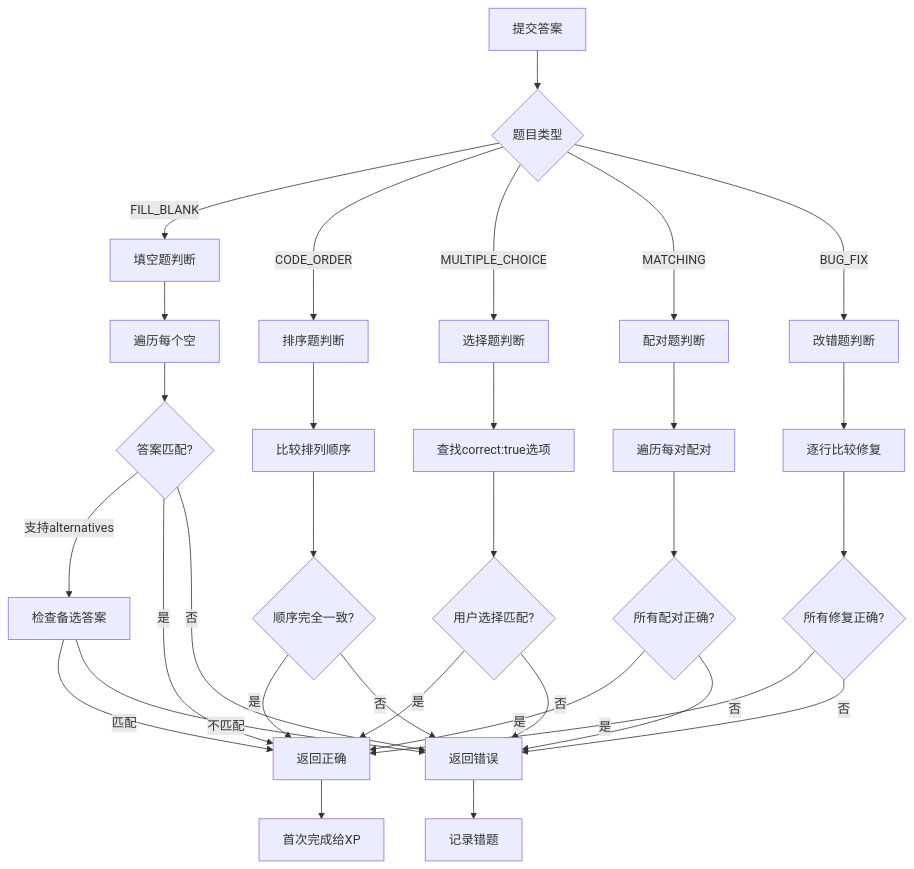
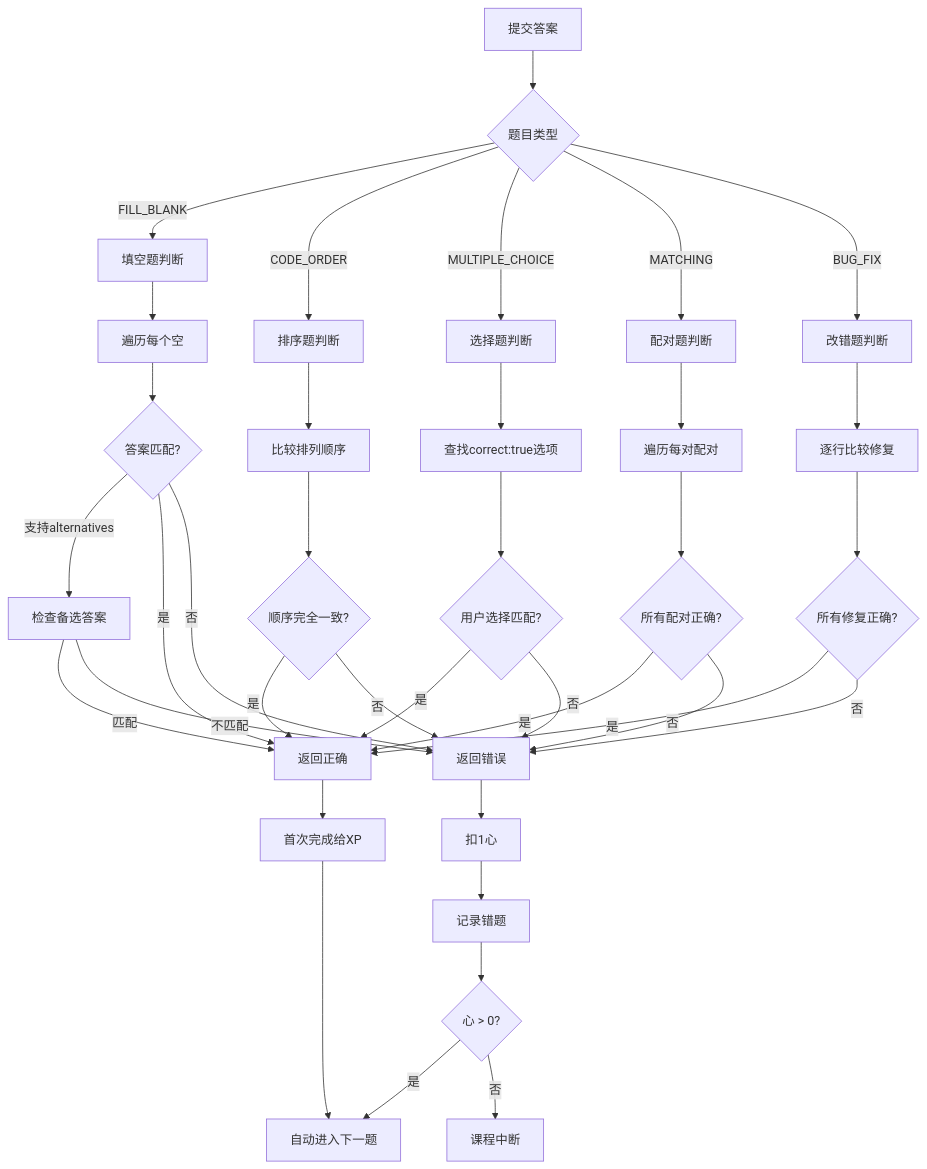
The third of 8 diagrams in docs/modules/skill-tree.md (momo2029/noiquest), drawn with Mermaid before and after one commit. The commit also changed other lines of this file and 4 other files, not shown here.

````diff
--- a/docs/modules/skill-tree.md
+++ b/docs/modules/skill-tree.md
@@ -100,42 +212,48 @@
 ```mermaid
 flowchart TD
     A[提交答案] --> B{题目类型}
 
     B -->|FILL_BLANK| C[填空题判断]
     C --> C1[遍历每个空]
     C1 --> C2{答案匹配?}
     C2 -->|支持alternatives| C3[检查备选答案]
 
     B -->|CODE_ORDER| D[排序题判断]
     D --> D1[比较排列顺序]
     D1 --> D2{顺序完全一致?}
 
     B -->|MULTIPLE_CHOICE| E[选择题判断]
     E --> E1[查找correct:true选项]
     E1 --> E2{用户选择匹配?}
 
     B -->|MATCHING| F[配对题判断]
     F --> F1[遍历每对配对]
     F1 --> F2{所有配对正确?}
 
     B -->|BUG_FIX| G[改错题判断]
     G --> G1[逐行比较修复]
     G1 --> G2{所有修复正确?}
 
     C2 -->|是| H[返回正确]
     C3 -->|匹配| H
     D2 -->|是| H
     E2 -->|是| H
     F2 -->|是| H
     G2 -->|是| H
 
     C2 -->|否| I[返回错误]
     C3 -->|不匹配| I
     D2 -->|否| I
     E2 -->|否| I
     F2 -->|否| I
     G2 -->|否| I
 
     H --> J[首次完成给XP]
-    I --> K[记录错题]
+    J --> K[自动进入下一题]
+
+    I --> L[扣1心]
+    L --> M[记录错题]
+    M --> N{心 > 0?}
+    N -->|是| K
+    N -->|否| O[课程中断]
 ```
````
